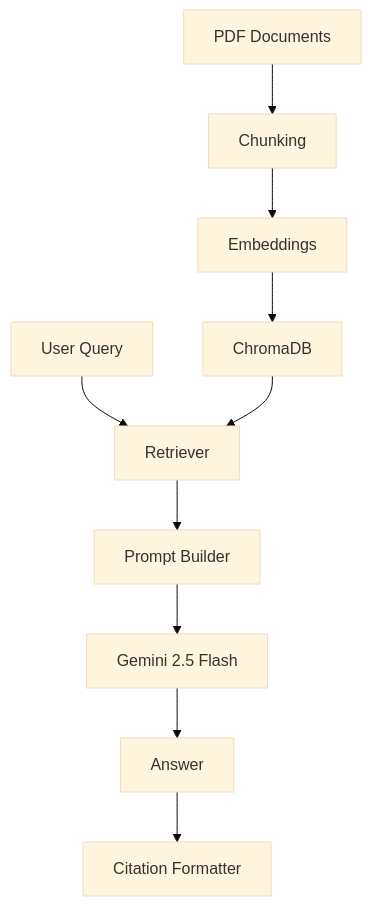
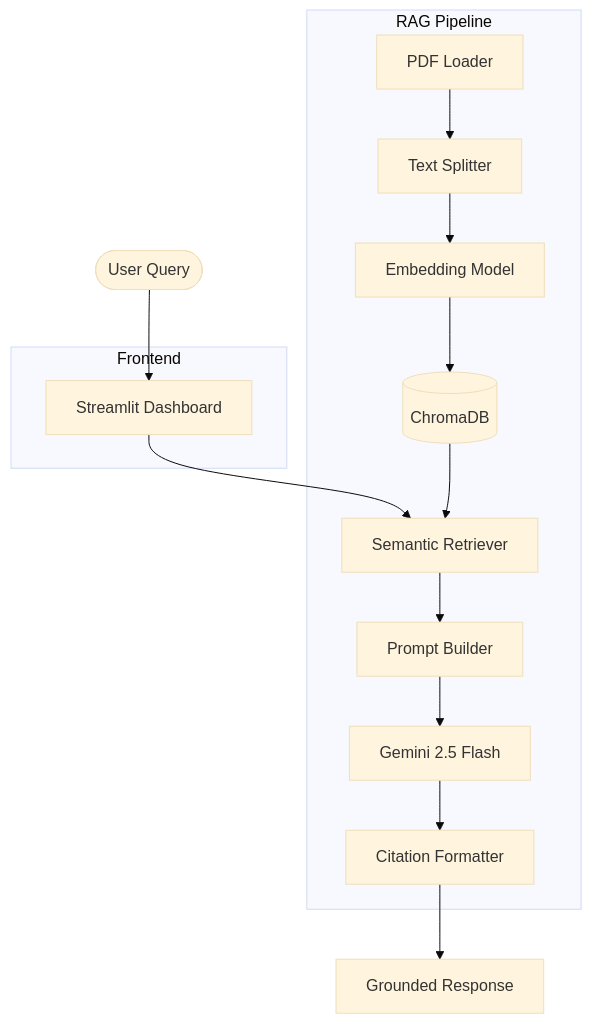
One commit to ShreyashDeshmukh7768/potens-intern-aiml-Shreyash-Deshmukh changed the diagram in README.md. Above: the diagram before and after it, drawn with Mermaid (base theme). The commit also changed other lines of this file, not shown here.

`````diff
--- a/README.md
+++ b/README.md
@@ -99,12 +177,50 @@
 ```mermaid
 flowchart TD
-    A[User Query] --> B[Retriever]
-    B --> C[Prompt Builder]
-    C --> D[Gemini 2.5 Flash]
-    D --> E[Answer]
-    E --> F[Citation Formatter]
-    G[PDF Documents] --> H[Chunking]
-    H --> I[Embeddings]
-    I --> J[ChromaDB]
-    J --> B
-```
+
+    User([User Query])
+
+    User --> UI
+
+    subgraph Frontend
+        UI[Streamlit Dashboard]
+    end
+
+    UI --> Retriever
+
+    subgraph RAG Pipeline
+
+        Loader[PDF Loader]
+
+        Chunker[Text Splitter]
+
+        Embeddings[Embedding Model]
+
+        VectorDB[(ChromaDB)]
+
+        Retriever[Semantic Retriever]
+
+        Prompt[Prompt Builder]
+
+        LLM[Gemini 2.5 Flash]
+
+        Citation[Citation Formatter]
+
+    end
+
+    Loader --> Chunker
+
+    Chunker --> Embeddings
+
+    Embeddings --> VectorDB
+
+    VectorDB --> Retriever
+
+    Retriever --> Prompt
+
+    Prompt --> LLM
+
+    LLM --> Citation
+
+    Citation --> Response[Grounded Response]
+
+````
`````
